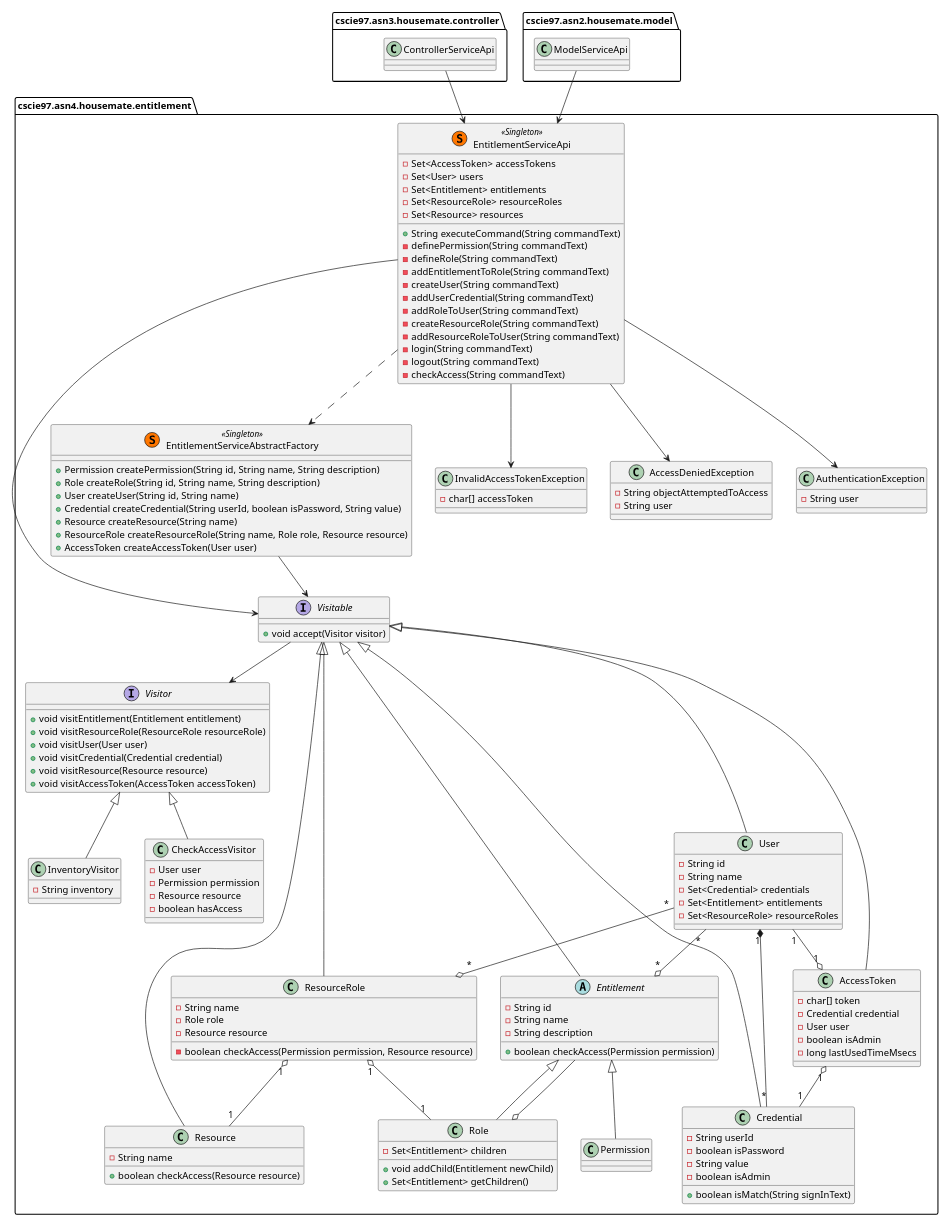
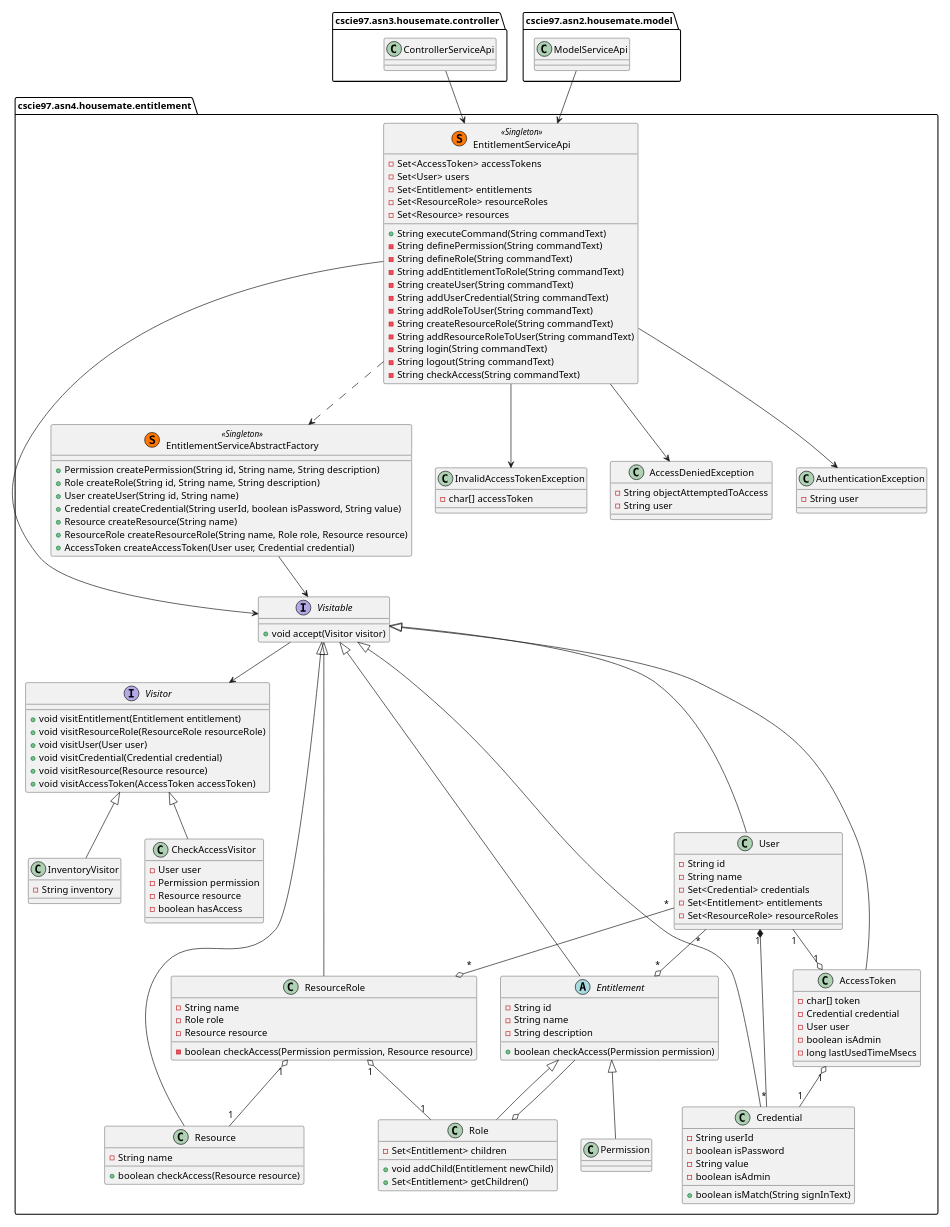
One commit to erikorlowski/cscie97 changed the second of 2 diagrams in cscie97/asn4/Design.md. Above: the diagram before and after it, drawn with PlantUML. The commit also changed other lines of this file, not shown here.

```diff
--- a/cscie97/asn4/Design.md
+++ b/cscie97/asn4/Design.md
@@ -339,17 +339,17 @@
         - Set<ResourceRole> resourceRoles
         - Set<Resource> resources
         + String executeCommand(String commandText)
-        - definePermission(String commandText)
-        - defineRole(String commandText)
-        - addEntitlementToRole(String commandText)
-        - createUser(String commandText)
-        - addUserCredential(String commandText)
-        - addRoleToUser(String commandText)
-        - createResourceRole(String commandText)
-        - addResourceRoleToUser(String commandText)
-        - login(String commandText)
-        - logout(String commandText)
-        - checkAccess(String commandText)
+        - String definePermission(String commandText)
+        - String defineRole(String commandText)
+        - String addEntitlementToRole(String commandText)
+        - String createUser(String commandText)
+        - String addUserCredential(String commandText)
+        - String addRoleToUser(String commandText)
+        - String createResourceRole(String commandText)
+        - String addResourceRoleToUser(String commandText)
+        - String login(String commandText)
+        - String logout(String commandText)
+        - String checkAccess(String commandText)
     }
 
     class EntitlementServiceAbstractFactory << (S,#FF7700) Singleton >> {
@@ -359,7 +359,7 @@
         + Credential createCredential(String userId, boolean isPassword, String value)
         + Resource createResource(String name)
         + ResourceRole createResourceRole(String name, Role role, Resource resource)
-        + AccessToken createAccessToken(User user)
+        + AccessToken createAccessToken(User user, Credential credential)
     }
 
     EntitlementServiceApi ..> EntitlementServiceAbstractFactory
```
